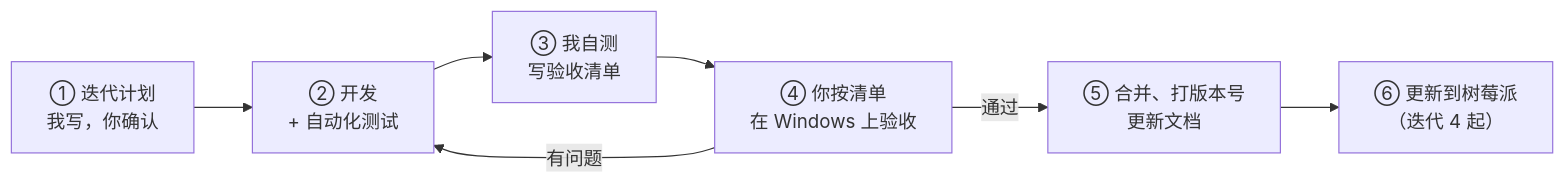
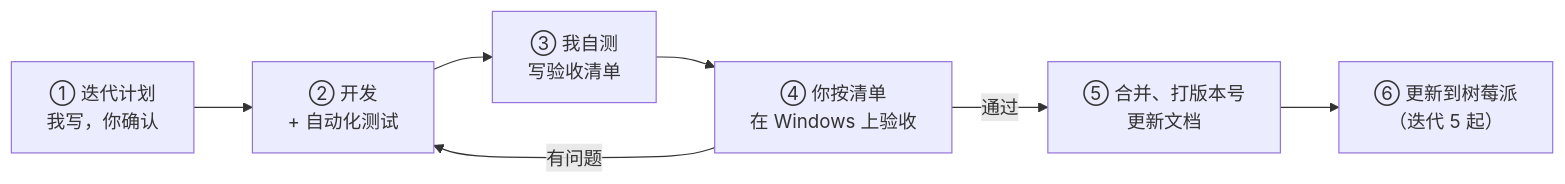
One commit to hfeng-9527/Documentary changed the second of 2 diagrams in docs/plan.md. Above: the diagram before and after it, drawn with Mermaid. The commit also changed other lines of this file and 4 other files, not shown here.

````diff
--- a/docs/plan.md
+++ b/docs/plan.md
@@ -114,9 +110,9 @@
 ```mermaid
 flowchart LR
     A["① 迭代计划<br/>我写，你确认"] --> B["② 开发<br/>+ 自动化测试"]
     B --> C["③ 我自测<br/>写验收清单"]
     C --> D["④ 你按清单<br/>在 Windows 上验收"]
     D -->|有问题| B
     D -->|通过| E["⑤ 合并、打版本号<br/>更新文档"]
-    E --> F["⑥ 更新到树莓派<br/>（迭代 4 起）"]
+    E --> F["⑥ 更新到树莓派<br/>（迭代 5 起）"]
 ```
````
